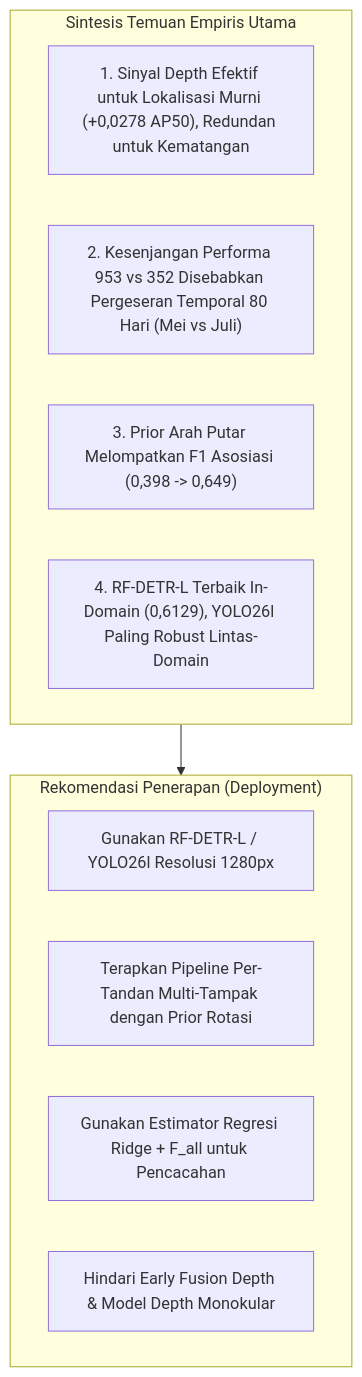
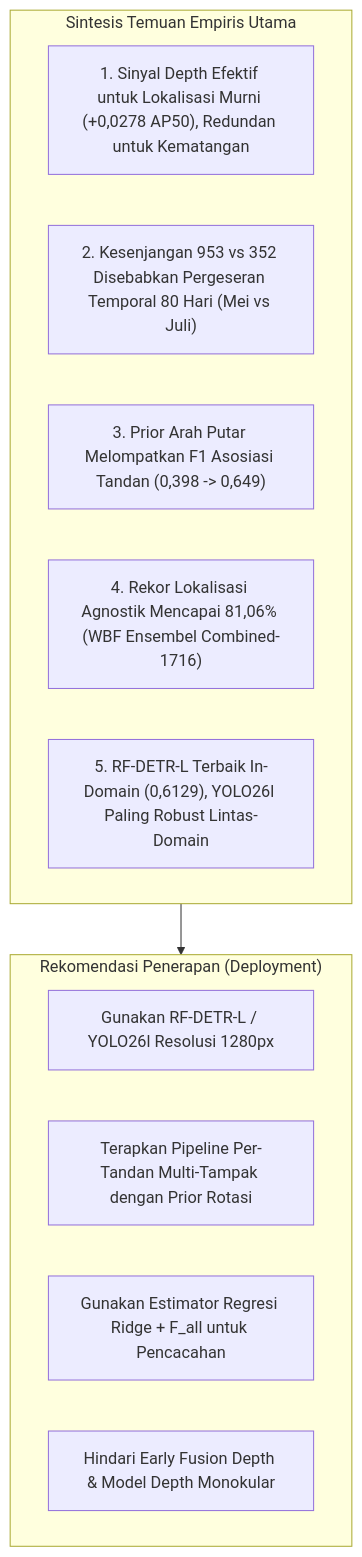
Before and after one commit to muhammad-zainal-muttaqin/project-expertise: the second of 2 diagrams in docs/WORKFLOW_KRONOLOGIS.md, drawn with Mermaid. The commit also changed other lines of this file, not shown here.

````diff
--- a/docs/WORKFLOW_KRONOLOGIS.md
+++ b/docs/WORKFLOW_KRONOLOGIS.md
@@ -444,16 +550,17 @@
 ```mermaid
 graph TD
     subgraph Temuan["Sintesis Temuan Empiris Utama"]
         T1["1. Sinyal Depth Efektif untuk Lokalisasi Murni (+0,0278 AP50), Redundan untuk Kematangan"]
-        T2["2. Kesenjangan Performa 953 vs 352 Disebabkan Pergeseran Temporal 80 Hari (Mei vs Juli)"]
-        T3["3. Prior Arah Putar Melompatkan F1 Asosiasi (0,398 -> 0,649)"]
-        T4["4. RF-DETR-L Terbaik In-Domain (0,6129), YOLO26l Paling Robust Lintas-Domain"]
+        T2["2. Kesenjangan 953 vs 352 Disebabkan Pergeseran Temporal 80 Hari (Mei vs Juli)"]
+        T3["3. Prior Arah Putar Melompatkan F1 Asosiasi Tandan (0,398 -> 0,649)"]
+        T4["4. Rekor Lokalisasi Agnostik Mencapai 81,06% (WBF Ensembel Combined-1716)"]
+        T5["5. RF-DETR-L Terbaik In-Domain (0,6129), YOLO26l Paling Robust Lintas-Domain"]
     end
     subgraph Rekomendasi["Rekomendasi Penerapan (Deployment)"]
         R1["Gunakan RF-DETR-L / YOLO26l Resolusi 1280px"]
         R2["Terapkan Pipeline Per-Tandan Multi-Tampak dengan Prior Rotasi"]
         R3["Gunakan Estimator Regresi Ridge + F_all untuk Pencacahan"]
         R4["Hindari Early Fusion Depth & Model Depth Monokular"]
     end
     Temuan --> Rekomendasi
 ```
````
